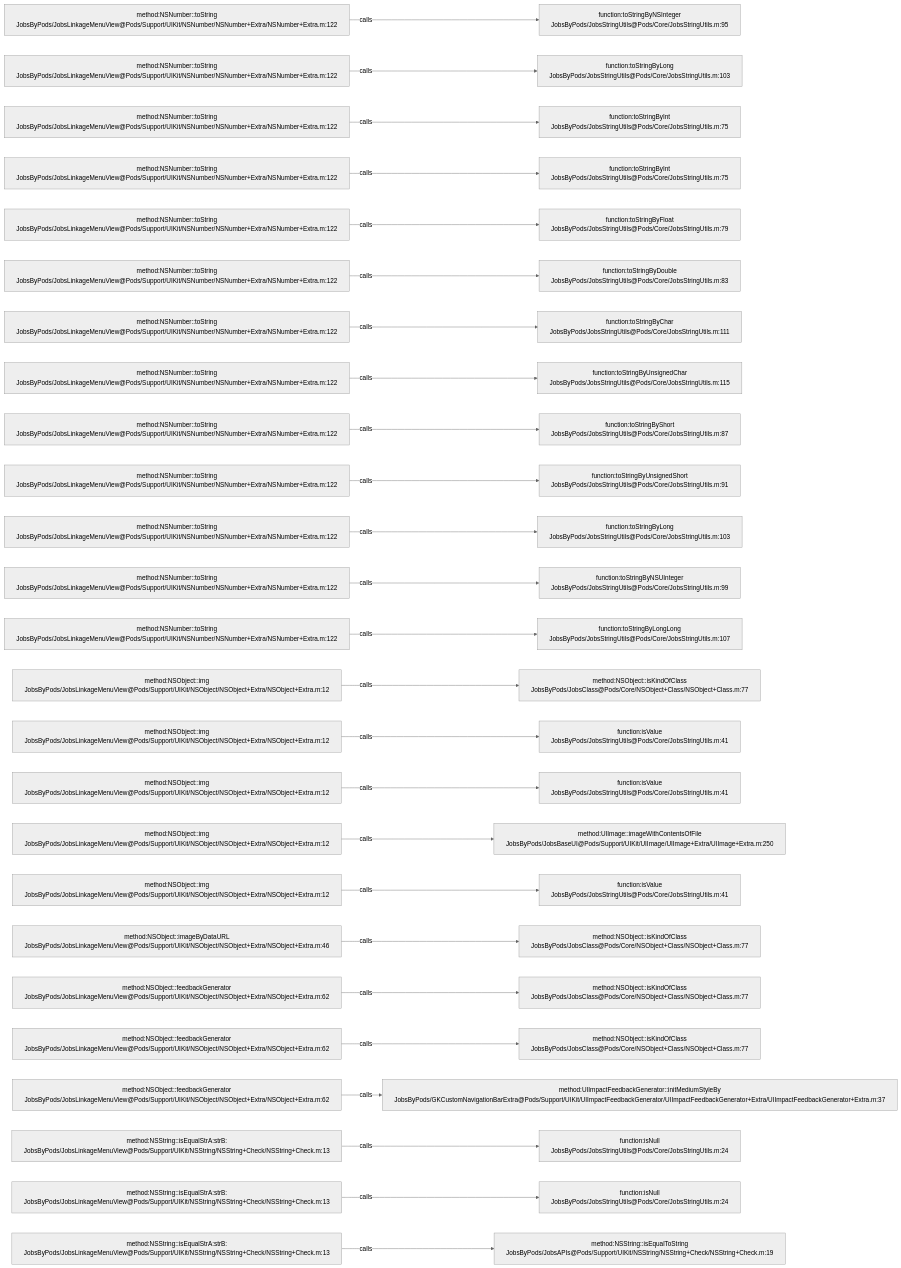
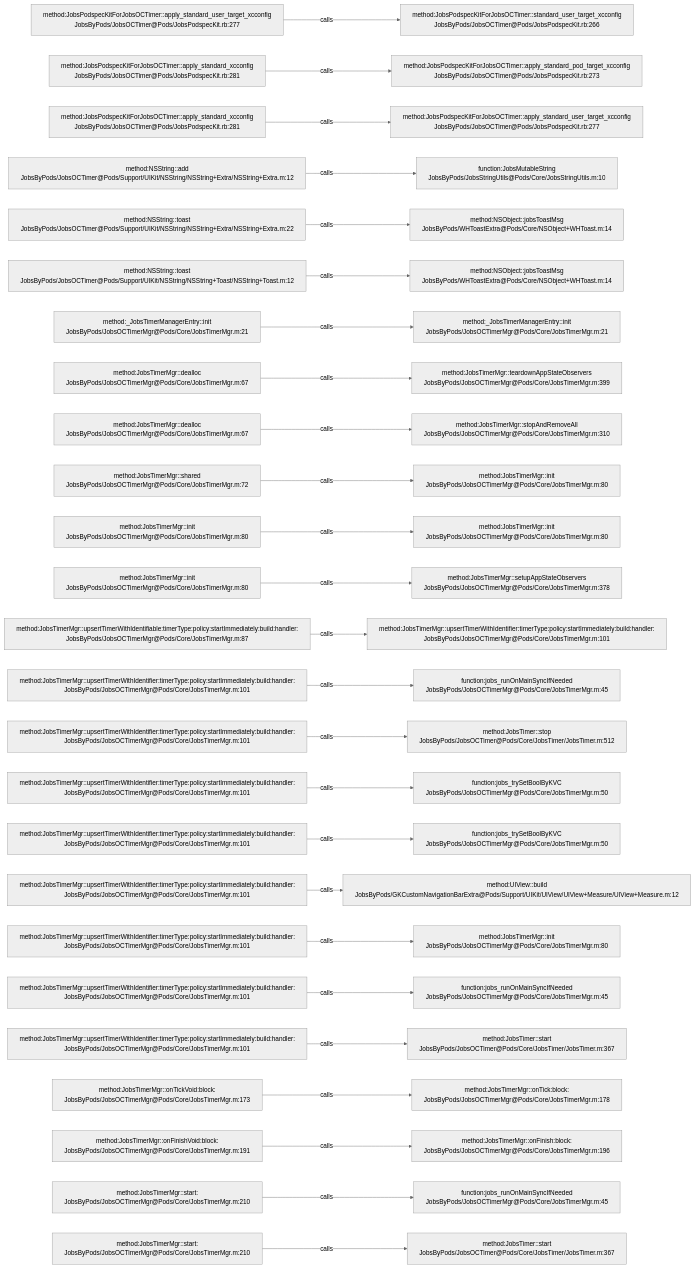
The diagram in .codegraph/codegraph.md/graphs/calls-098.md (JobsKits/JobsOCBaseConfigDemo), drawn with Mermaid (neutral theme) before and after one commit. The commit also changed 573 other files, not shown here.

````diff
--- a/.codegraph/codegraph.md/graphs/calls-098.md
+++ b/.codegraph/codegraph.md/graphs/calls-098.md
@@ -13,78 +13,78 @@
 ```mermaid
 flowchart LR
-  S1["method:NSNumber::toString<br/>JobsByPods/JobsLinkageMenuView@Pods/Support/UIKit/NSNumber/NSNumber+Extra/NSNumber+Extra.m:122"]
-  T1["function:toStringByNSInteger<br/>JobsByPods/JobsStringUtils@Pods/Core/JobsStringUtils.m:95"]
+  S1["method:JobsPodspecKitForJobsOCTimer::apply_standard_user_target_xcconfig<br/>JobsByPods/JobsOCTimer@Pods/JobsPodspecKit.rb:277"]
+  T1["method:JobsPodspecKitForJobsOCTimer::standard_user_target_xcconfig<br/>JobsByPods/JobsOCTimer@Pods/JobsPodspecKit.rb:266"]
   S1 -->|calls| T1
-  S2["method:NSNumber::toString<br/>JobsByPods/JobsLinkageMenuView@Pods/Support/UIKit/NSNumber/NSNumber+Extra/NSNumber+Extra.m:122"]
-  T2["function:toStringByLong<br/>JobsByPods/JobsStringUtils@Pods/Core/JobsStringUtils.m:103"]
+  S2["method:JobsPodspecKitForJobsOCTimer::apply_standard_xcconfig<br/>JobsByPods/JobsOCTimer@Pods/JobsPodspecKit.rb:281"]
+  T2["method:JobsPodspecKitForJobsOCTimer::apply_standard_pod_target_xcconfig<br/>JobsByPods/JobsOCTimer@Pods/JobsPodspecKit.rb:273"]
   S2 -->|calls| T2
-  S3["method:NSNumber::toString<br/>JobsByPods/JobsLinkageMenuView@Pods/Support/UIKit/NSNumber/NSNumber+Extra/NSNumber+Extra.m:122"]
-  T3["function:toStringByInt<br/>JobsByPods/JobsStringUtils@Pods/Core/JobsStringUtils.m:75"]
+  S3["method:JobsPodspecKitForJobsOCTimer::apply_standard_xcconfig<br/>JobsByPods/JobsOCTimer@Pods/JobsPodspecKit.rb:281"]
+  T3["method:JobsPodspecKitForJobsOCTimer::apply_standard_user_target_xcconfig<br/>JobsByPods/JobsOCTimer@Pods/JobsPodspecKit.rb:277"]
   S3 -->|calls| T3
-  S4["method:NSNumber::toString<br/>JobsByPods/JobsLinkageMenuView@Pods/Support/UIKit/NSNumber/NSNumber+Extra/NSNumber+Extra.m:122"]
-  T4["function:toStringByInt<br/>JobsByPods/JobsStringUtils@Pods/Core/JobsStringUtils.m:75"]
+  S4["method:NSString::add<br/>JobsByPods/JobsOCTimer@Pods/Support/UIKit/NSString/NSString+Extra/NSString+Extra.m:12"]
+  T4["function:JobsMutableString<br/>JobsByPods/JobsStringUtils@Pods/Core/JobsStringUtils.m:10"]
   S4 -->|calls| T4
-  S5["method:NSNumber::toString<br/>JobsByPods/JobsLinkageMenuView@Pods/Support/UIKit/NSNumber/NSNumber+Extra/NSNumber+Extra.m:122"]
-  T5["function:toStringByFloat<br/>JobsByPods/JobsStringUtils@Pods/Core/JobsStringUtils.m:79"]
+  S5["method:NSString::toast<br/>JobsByPods/JobsOCTimer@Pods/Support/UIKit/NSString/NSString+Extra/NSString+Extra.m:22"]
+  T5["method:NSObject::jobsToastMsg<br/>JobsByPods/WHToastExtra@Pods/Core/NSObject+WHToast.m:14"]
   S5 -->|calls| T5
-  S6["method:NSNumber::toString<br/>JobsByPods/JobsLinkageMenuView@Pods/Support/UIKit/NSNumber/NSNumber+Extra/NSNumber+Extra.m:122"]
-  T6["function:toStringByDouble<br/>JobsByPods/JobsStringUtils@Pods/Core/JobsStringUtils.m:83"]
+  S6["method:NSString::toast<br/>JobsByPods/JobsOCTimer@Pods/Support/UIKit/NSString/NSString+Toast/NSString+Toast.m:12"]
+  T6["method:NSObject::jobsToastMsg<br/>JobsByPods/WHToastExtra@Pods/Core/NSObject+WHToast.m:14"]
   S6 -->|calls| T6
-  S7["method:NSNumber::toString<br/>JobsByPods/JobsLinkageMenuView@Pods/Support/UIKit/NSNumber/NSNumber+Extra/NSNumber+Extra.m:122"]
-  T7["function:toStringByChar<br/>JobsByPods/JobsStringUtils@Pods/Core/JobsStringUtils.m:111"]
+  S7["method:_JobsTimerManagerEntry::init<br/>JobsByPods/JobsOCTimerMgr@Pods/Core/JobsTimerMgr.m:21"]
+  T7["method:_JobsTimerManagerEntry::init<br/>JobsByPods/JobsOCTimerMgr@Pods/Core/JobsTimerMgr.m:21"]
   S7 -->|calls| T7
-  S8["method:NSNumber::toString<br/>JobsByPods/JobsLinkageMenuView@Pods/Support/UIKit/NSNumber/NSNumber+Extra/NSNumber+Extra.m:122"]
-  T8["function:toStringByUnsignedChar<br/>JobsByPods/JobsStringUtils@Pods/Core/JobsStringUtils.m:115"]
+  S8["method:JobsTimerMgr::dealloc<br/>JobsByPods/JobsOCTimerMgr@Pods/Core/JobsTimerMgr.m:67"]
+  T8["method:JobsTimerMgr::teardownAppStateObservers<br/>JobsByPods/JobsOCTimerMgr@Pods/Core/JobsTimerMgr.m:399"]
   S8 -->|calls| T8
-  S9["method:NSNumber::toString<br/>JobsByPods/JobsLinkageMenuView@Pods/Support/UIKit/NSNumber/NSNumber+Extra/NSNumber+Extra.m:122"]
-  T9["function:toStringByShort<br/>JobsByPods/JobsStringUtils@Pods/Core/JobsStringUtils.m:87"]
+  S9["method:JobsTimerMgr::dealloc<br/>JobsByPods/JobsOCTimerMgr@Pods/Core/JobsTimerMgr.m:67"]
+  T9["method:JobsTimerMgr::stopAndRemoveAll<br/>JobsByPods/JobsOCTimerMgr@Pods/Core/JobsTimerMgr.m:310"]
   S9 -->|calls| T9
-  S10["method:NSNumber::toString<br/>JobsByPods/JobsLinkageMenuView@Pods/Support/UIKit/NSNumber/NSNumber+Extra/NSNumber+Extra.m:122"]
-  T10["function:toStringByUnsignedShort<br/>JobsByPods/JobsStringUtils@Pods/Core/JobsStringUtils.m:91"]
+  S10["method:JobsTimerMgr::shared<br/>JobsByPods/JobsOCTimerMgr@Pods/Core/JobsTimerMgr.m:72"]
+  T10["method:JobsTimerMgr::init<br/>JobsByPods/JobsOCTimerMgr@Pods/Core/JobsTimerMgr.m:80"]
   S10 -->|calls| T10
-  S11["method:NSNumber::toString<br/>JobsByPods/JobsLinkageMenuView@Pods/Support/UIKit/NSNumber/NSNumber+Extra/NSNumber+Extra.m:122"]
-  T11["function:toStringByLong<br/>JobsByPods/JobsStringUtils@Pods/Core/JobsStringUtils.m:103"]
+  S11["method:JobsTimerMgr::init<br/>JobsByPods/JobsOCTimerMgr@Pods/Core/JobsTimerMgr.m:80"]
+  T11["method:JobsTimerMgr::init<br/>JobsByPods/JobsOCTimerMgr@Pods/Core/JobsTimerMgr.m:80"]
   S11 -->|calls| T11
-  S12["method:NSNumber::toString<br/>JobsByPods/JobsLinkageMenuView@Pods/Support/UIKit/NSNumber/NSNumber+Extra/NSNumber+Extra.m:122"]
-  T12["function:toStringByNSUInteger<br/>JobsByPods/JobsStringUtils@Pods/Core/JobsStringUtils.m:99"]
+  S12["method:JobsTimerMgr::init<br/>JobsByPods/JobsOCTimerMgr@Pods/Core/JobsTimerMgr.m:80"]
+  T12["method:JobsTimerMgr::setupAppStateObservers<br/>JobsByPods/JobsOCTimerMgr@Pods/Core/JobsTimerMgr.m:378"]
   S12 -->|calls| T12
-  S13["method:NSNumber::toString<br/>JobsByPods/JobsLinkageMenuView@Pods/Support/UIKit/NSNumber/NSNumber+Extra/NSNumber+Extra.m:122"]
-  T13["function:toStringByLongLong<br/>JobsByPods/JobsStringUtils@Pods/Core/JobsStringUtils.m:107"]
+  S13["method:JobsTimerMgr::upsertTimerWithIdentifiable:timerType:policy:startImmediately:build:handler:<br/>JobsByPods/JobsOCTimerMgr@Pods/Core/JobsTimerMgr.m:87"]
+  T13["method:JobsTimerMgr::upsertTimerWithIdentifier:timerType:policy:startImmediately:build:handler:<br/>JobsByPods/JobsOCTimerMgr@Pods/Core/JobsTimerMgr.m:101"]
   S13 -->|calls| T13
-  S14["method:NSObject::img<br/>JobsByPods/JobsLinkageMenuView@Pods/Support/UIKit/NSObject/NSObject+Extra/NSObject+Extra.m:12"]
-  T14["method:NSObject::isKindOfClass<br/>JobsByPods/JobsClass@Pods/Core/NSObject+Class/NSObject+Class.m:77"]
+  S14["method:JobsTimerMgr::upsertTimerWithIdentifier:timerType:policy:startImmediately:build:handler:<br/>JobsByPods/JobsOCTimerMgr@Pods/Core/JobsTimerMgr.m:101"]
+  T14["function:jobs_runOnMainSyncIfNeeded<br/>JobsByPods/JobsOCTimerMgr@Pods/Core/JobsTimerMgr.m:45"]
   S14 -->|calls| T14
-  S15["method:NSObject::img<br/>JobsByPods/JobsLinkageMenuView@Pods/Support/UIKit/NSObject/NSObject+Extra/NSObject+Extra.m:12"]
-  T15["function:isValue<br/>JobsByPods/JobsStringUtils@Pods/Core/JobsStringUtils.m:41"]
+  S15["method:JobsTimerMgr::upsertTimerWithIdentifier:timerType:policy:startImmediately:build:handler:<br/>JobsByPods/JobsOCTimerMgr@Pods/Core/JobsTimerMgr.m:101"]
+  T15["method:JobsTimer::stop<br/>JobsByPods/JobsOCTimer@Pods/Core/JobsTimer/JobsTimer.m:512"]
   S15 -->|calls| T15
-  S16["method:NSObject::img<br/>JobsByPods/JobsLinkageMenuView@Pods/Support/UIKit/NSObject/NSObject+Extra/NSObject+Extra.m:12"]
-  T16["function:isValue<br/>JobsByPods/JobsStringUtils@Pods/Core/JobsStringUtils.m:41"]
+  S16["method:JobsTimerMgr::upsertTimerWithIdentifier:timerType:policy:startImmediately:build:handler:<br/>JobsByPods/JobsOCTimerMgr@Pods/Core/JobsTimerMgr.m:101"]
+  T16["function:jobs_trySetBoolByKVC<br/>JobsByPods/JobsOCTimerMgr@Pods/Core/JobsTimerMgr.m:50"]
   S16 -->|calls| T16
-  S17["method:NSObject::img<br/>JobsByPods/JobsLinkageMenuView@Pods/Support/UIKit/NSObject/NSObject+Extra/NSObject+Extra.m:12"]
-  T17["method:UIImage::imageWithContentsOfFile<br/>JobsByPods/JobsBaseUI@Pods/Support/UIKit/UIImage/UIImage+Extra/UIImage+Extra.m:250"]
+  S17["method:JobsTimerMgr::upsertTimerWithIdentifier:timerType:policy:startImmediately:build:handler:<br/>JobsByPods/JobsOCTimerMgr@Pods/Core/JobsTimerMgr.m:101"]
+  T17["function:jobs_trySetBoolByKVC<br/>JobsByPods/JobsOCTimerMgr@Pods/Core/JobsTimerMgr.m:50"]
   S17 -->|calls| T17
-  S18["method:NSObject::img<br/>JobsByPods/JobsLinkageMenuView@Pods/Support/UIKit/NSObject/NSObject+Extra/NSObject+Extra.m:12"]
-  T18["function:isValue<br/>JobsByPods/JobsStringUtils@Pods/Core/JobsStringUtils.m:41"]
+  S18["method:JobsTimerMgr::upsertTimerWithIdentifier:timerType:policy:startImmediately:build:handler:<br/>JobsByPods/JobsOCTimerMgr@Pods/Core/JobsTimerMgr.m:101"]
+  T18["method:UIView::build<br/>JobsByPods/GKCustomNavigationBarExtra@Pods/Support/UIKit/UIView/UIView+Measure/UIView+Measure.m:12"]
   S18 -->|calls| T18
-  S19["method:NSObject::imageByDataURL<br/>JobsByPods/JobsLinkageMenuView@Pods/Support/UIKit/NSObject/NSObject+Extra/NSObject+Extra.m:46"]
-  T19["method:NSObject::isKindOfClass<br/>JobsByPods/JobsClass@Pods/Core/NSObject+Class/NSObject+Class.m:77"]
+  S19["method:JobsTimerMgr::upsertTimerWithIdentifier:timerType:policy:startImmediately:build:handler:<br/>JobsByPods/JobsOCTimerMgr@Pods/Core/JobsTimerMgr.m:101"]
+  T19["method:JobsTimerMgr::init<br/>JobsByPods/JobsOCTimerMgr@Pods/Core/JobsTimerMgr.m:80"]
   S19 -->|calls| T19
-  S20["method:NSObject::feedbackGenerator<br/>JobsByPods/JobsLinkageMenuView@Pods/Support/UIKit/NSObject/NSObject+Extra/NSObject+Extra.m:62"]
-  T20["method:NSObject::isKindOfClass<br/>JobsByPods/JobsClass@Pods/Core/NSObject+Class/NSObject+Class.m:77"]
+  S20["method:JobsTimerMgr::upsertTimerWithIdentifier:timerType:policy:startImmediately:build:handler:<br/>JobsByPods/JobsOCTimerMgr@Pods/Core/JobsTimerMgr.m:101"]
+  T20["function:jobs_runOnMainSyncIfNeeded<br/>JobsByPods/JobsOCTimerMgr@Pods/Core/JobsTimerMgr.m:45"]
   S20 -->|calls| T20
-  S21["method:NSObject::feedbackGenerator<br/>JobsByPods/JobsLinkageMenuView@Pods/Support/UIKit/NSObject/NSObject+Extra/NSObject+Extra.m:62"]
-  T21["method:NSObject::isKindOfClass<br/>JobsByPods/JobsClass@Pods/Core/NSObject+Class/NSObject+Class.m:77"]
+  S21["method:JobsTimerMgr::upsertTimerWithIdentifier:timerType:policy:startImmediately:build:handler:<br/>JobsByPods/JobsOCTimerMgr@Pods/Core/JobsTimerMgr.m:101"]
+  T21["method:JobsTimer::start<br/>JobsByPods/JobsOCTimer@Pods/Core/JobsTimer/JobsTimer.m:367"]
   S21 -->|calls| T21
-  S22["method:NSObject::feedbackGenerator<br/>JobsByPods/JobsLinkageMenuView@Pods/Support/UIKit/NSObject/NSObject+Extra/NSObject+Extra.m:62"]
-  T22["method:UIImpactFeedbackGenerator::initMediumStyleBy<br/>JobsByPods/GKCustomNavigationBarExtra@Pods/Support/UIKit/UIImpactFeedbackGenerator/UIImpactFeedbackGenerator+Extra/UIImpactFeedbackGenerator+Extra.m:37"]
+  S22["method:JobsTimerMgr::onTickVoid:block:<br/>JobsByPods/JobsOCTimerMgr@Pods/Core/JobsTimerMgr.m:173"]
+  T22["method:JobsTimerMgr::onTick:block:<br/>JobsByPods/JobsOCTimerMgr@Pods/Core/JobsTimerMgr.m:178"]
   S22 -->|calls| T22
-  S23["method:NSString::isEqualStrA:strB:<br/>JobsByPods/JobsLinkageMenuView@Pods/Support/UIKit/NSString/NSString+Check/NSString+Check.m:13"]
-  T23["function:isNull<br/>JobsByPods/JobsStringUtils@Pods/Core/JobsStringUtils.m:24"]
+  S23["method:JobsTimerMgr::onFinishVoid:block:<br/>JobsByPods/JobsOCTimerMgr@Pods/Core/JobsTimerMgr.m:191"]
+  T23["method:JobsTimerMgr::onFinish:block:<br/>JobsByPods/JobsOCTimerMgr@Pods/Core/JobsTimerMgr.m:196"]
   S23 -->|calls| T23
-  S24["method:NSString::isEqualStrA:strB:<br/>JobsByPods/JobsLinkageMenuView@Pods/Support/UIKit/NSString/NSString+Check/NSString+Check.m:13"]
-  T24["function:isNull<br/>JobsByPods/JobsStringUtils@Pods/Core/JobsStringUtils.m:24"]
+  S24["method:JobsTimerMgr::start:<br/>JobsByPods/JobsOCTimerMgr@Pods/Core/JobsTimerMgr.m:210"]
+  T24["function:jobs_runOnMainSyncIfNeeded<br/>JobsByPods/JobsOCTimerMgr@Pods/Core/JobsTimerMgr.m:45"]
   S24 -->|calls| T24
-  S25["method:NSString::isEqualStrA:strB:<br/>JobsByPods/JobsLinkageMenuView@Pods/Support/UIKit/NSString/NSString+Check/NSString+Check.m:13"]
-  T25["method:NSString::isEqualToString<br/>JobsByPods/JobsAPIs@Pods/Support/UIKit/NSString/NSString+Check/NSString+Check.m:19"]
+  S25["method:JobsTimerMgr::start:<br/>JobsByPods/JobsOCTimerMgr@Pods/Core/JobsTimerMgr.m:210"]
+  T25["method:JobsTimer::start<br/>JobsByPods/JobsOCTimer@Pods/Core/JobsTimer/JobsTimer.m:367"]
   S25 -->|calls| T25
 ```
````
